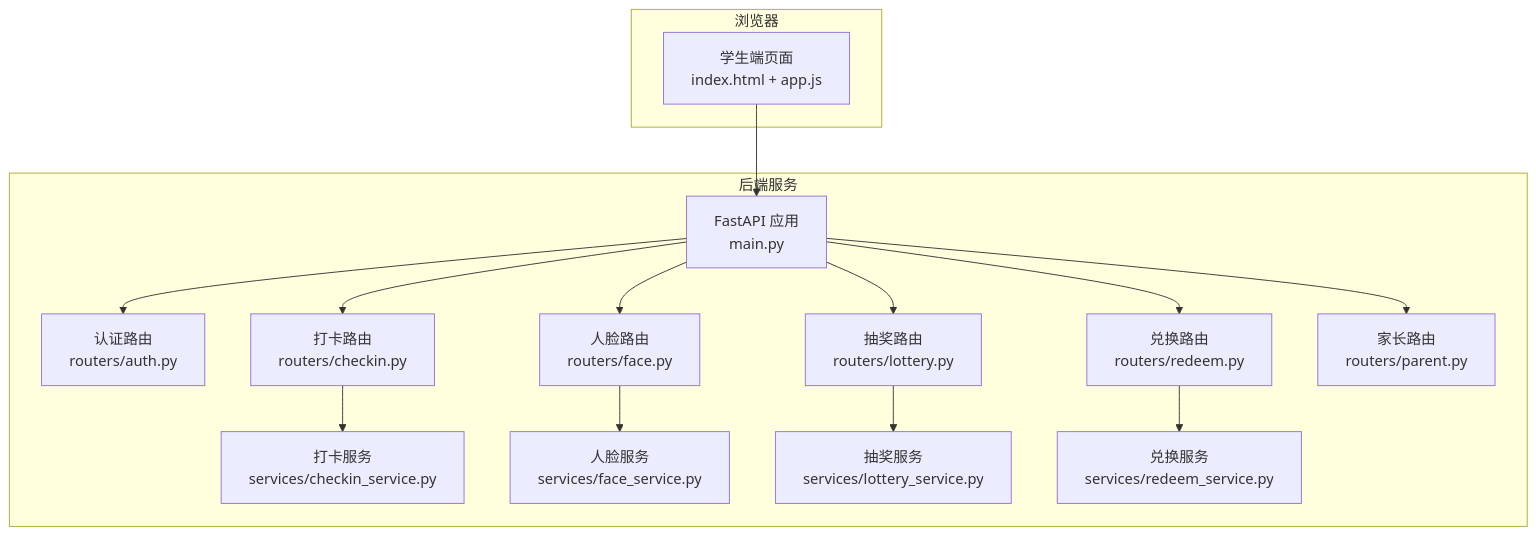
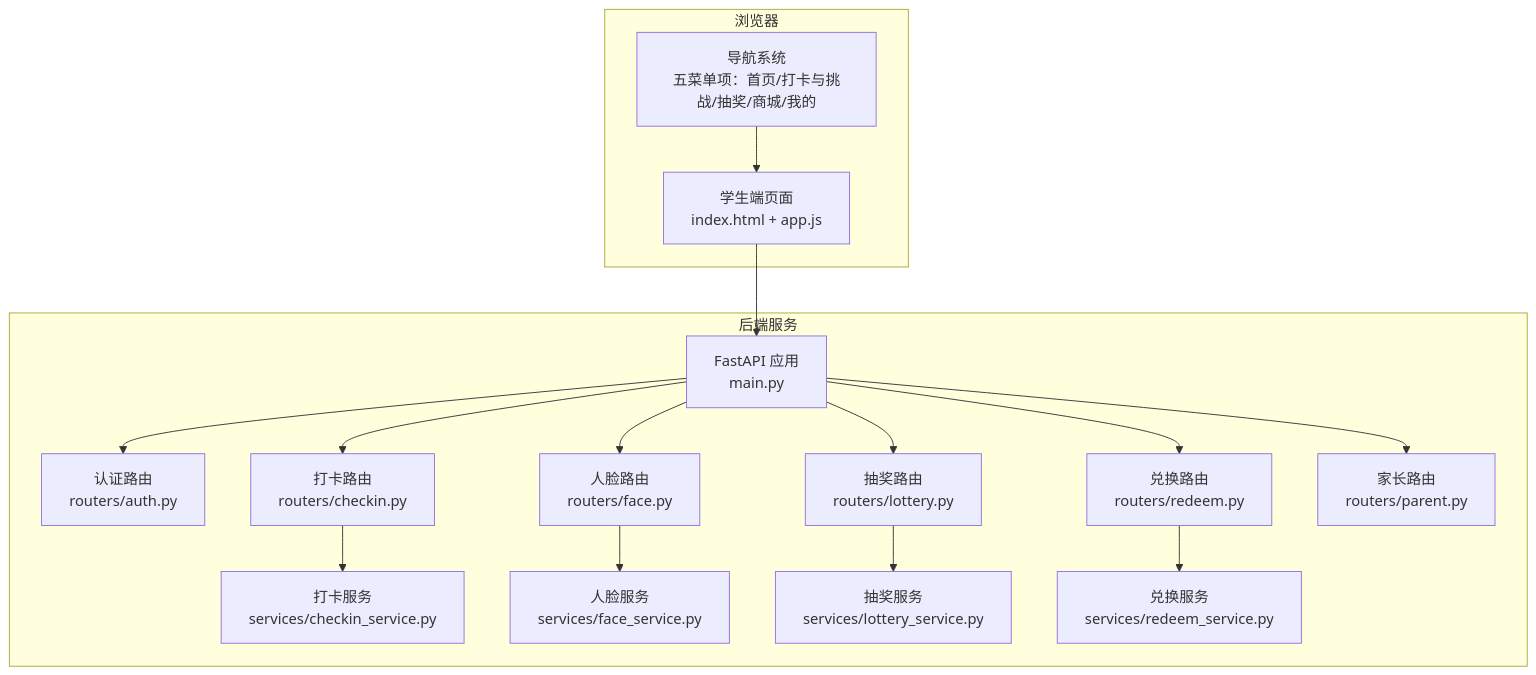
One commit to onebody/homework changed the first of 14 diagrams in .qoder/repowiki/zh/content/暑假作业打卡系统/前端应用设计/学生端应用.md. Above: the diagram before and after it, drawn with Mermaid. The commit also changed other lines of this file and 4 other files, not shown here.

````diff
--- a/.qoder/repowiki/zh/content/暑假作业打卡系统/前端应用设计/学生端应用.md
+++ b/.qoder/repowiki/zh/content/暑假作业打卡系统/前端应用设计/学生端应用.md
@@ -54,30 +54,32 @@
 ```mermaid
 graph TB
 subgraph "浏览器"
 UI["学生端页面<br/>index.html + app.js"]
+NAV["导航系统<br/>五菜单项：首页/打卡与挑战/抽奖/商城/我的"]
 end
 subgraph "后端服务"
 APP["FastAPI 应用<br/>main.py"]
 AUTH["认证路由<br/>routers/auth.py"]
 CHECKIN["打卡路由<br/>routers/checkin.py"]
 FACE["人脸路由<br/>routers/face.py"]
 LOTTERY["抽奖路由<br/>routers/lottery.py"]
 REDEEM["兑换路由<br/>routers/redeem.py"]
 PARENT["家长路由<br/>routers/parent.py"]
 CSVC["打卡服务<br/>services/checkin_service.py"]
 FSVC["人脸服务<br/>services/face_service.py"]
 LSVC["抽奖服务<br/>services/lottery_service.py"]
 RSVC["兑换服务<br/>services/redeem_service.py"]
 end
 UI --> APP
+NAV --> UI
 APP --> AUTH
 APP --> CHECKIN
 APP --> FACE
 APP --> LOTTERY
 APP --> REDEEM
 APP --> PARENT
 CHECKIN --> CSVC
 FACE --> FSVC
 LOTTERY --> LSVC
 REDEEM --> RSVC
 ```
````
